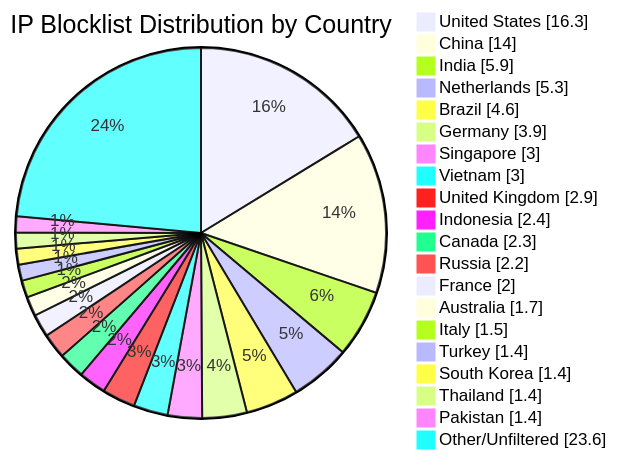
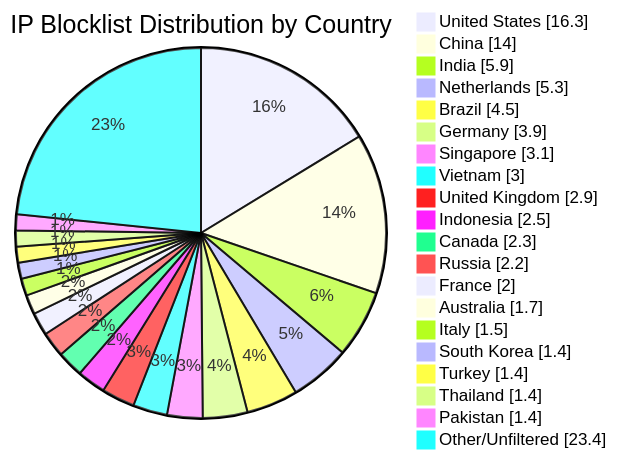
The diagram in README.md (dewdmadbro/ip-blocklist-dewd), drawn with Mermaid before and after one commit. The commit also changed other lines of this file and 52 other files, not shown here.

````diff
--- a/README.md
+++ b/README.md
@@ -34,23 +34,23 @@
 ```mermaid
 pie showData title IP Blocklist Distribution by Country
 "United States" : 16.3
 "China" : 14.0
 "India" : 5.9
 "Netherlands" : 5.3
-"Brazil" : 4.6
+"Brazil" : 4.5
 "Germany" : 3.9
-"Singapore" : 3.0
+"Singapore" : 3.1
 "Vietnam" : 3.0
 "United Kingdom" : 2.9
-"Indonesia" : 2.4
+"Indonesia" : 2.5
 "Canada" : 2.3
 "Russia" : 2.2
 "France" : 2.0
 "Australia" : 1.7
 "Italy" : 1.5
+"South Korea" : 1.4
 "Turkey" : 1.4
-"South Korea" : 1.4
 "Thailand" : 1.4
 "Pakistan" : 1.4
-"Other/Unfiltered" : 23.6
+"Other/Unfiltered" : 23.4
 ```
````
